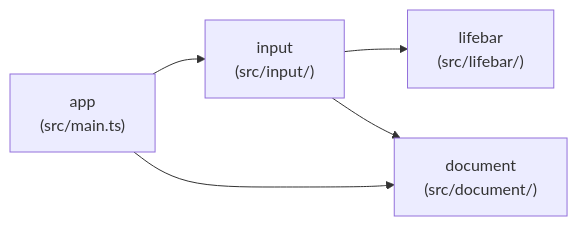
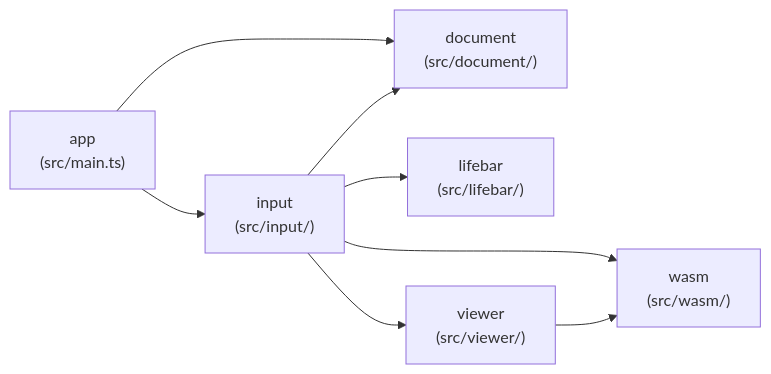
One commit to openkakutou/lifebar-editor changed the first of 2 diagrams in docs/architecture.md. Above: the diagram before and after it, drawn with Mermaid. The commit also changed other lines of this file and 30 other files, not shown here.

````diff
--- a/docs/architecture.md
+++ b/docs/architecture.md
@@ -13,7 +13,10 @@
 ```mermaid
 flowchart LR
     app["app\n(src/main.ts)"] --> input["input\n(src/input/)"]
     app --> document["document\n(src/document/)"]
     input --> lifebar["lifebar\n(src/lifebar/)"]
     input --> document
+    input --> wasm["wasm\n(src/wasm/)"]
+    input --> viewer["viewer\n(src/viewer/)"]
+    viewer --> wasm
 ```
````
